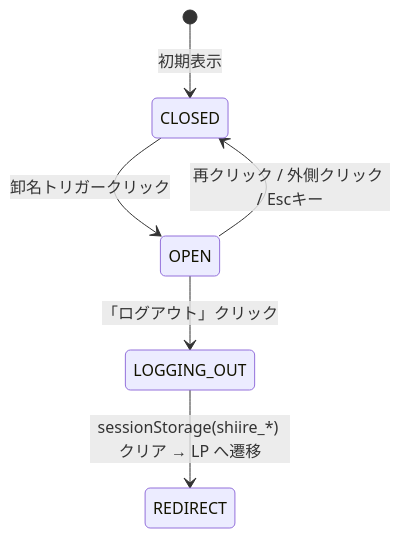
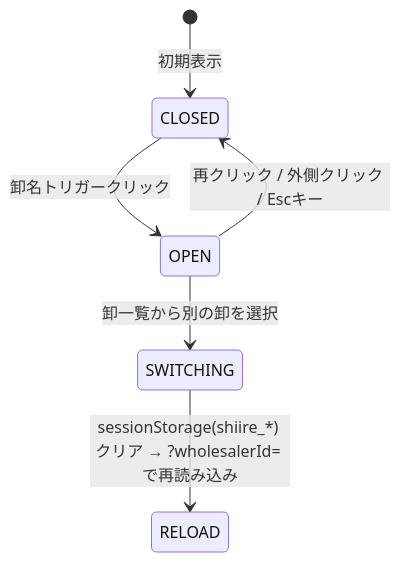
One commit to USEN-PAY-Products/connect-wholesale-gas-poc changed the fifth of 12 diagrams in docs/specifications/05_common.md. Above: the diagram before and after it, drawn with Mermaid. The commit also changed other lines of this file and 8 other files, not shown here.

````diff
--- a/docs/specifications/05_common.md
+++ b/docs/specifications/05_common.md
@@ -185,8 +185,8 @@
 ```mermaid
 stateDiagram-v2
     [*] --> CLOSED: 初期表示
     CLOSED --> OPEN: 卸名トリガークリック
     OPEN --> CLOSED: 再クリック / 外側クリック / Escキー
-    OPEN --> LOGGING_OUT: 「ログアウト」クリック
-    LOGGING_OUT --> REDIRECT: sessionStorage(shiire_*) クリア → LP へ遷移
+    OPEN --> SWITCHING: 卸一覧から別の卸を選択
+    SWITCHING --> RELOAD: sessionStorage(shiire_*) クリア → ?wholesalerId=<id> で再読み込み
 ```
````
